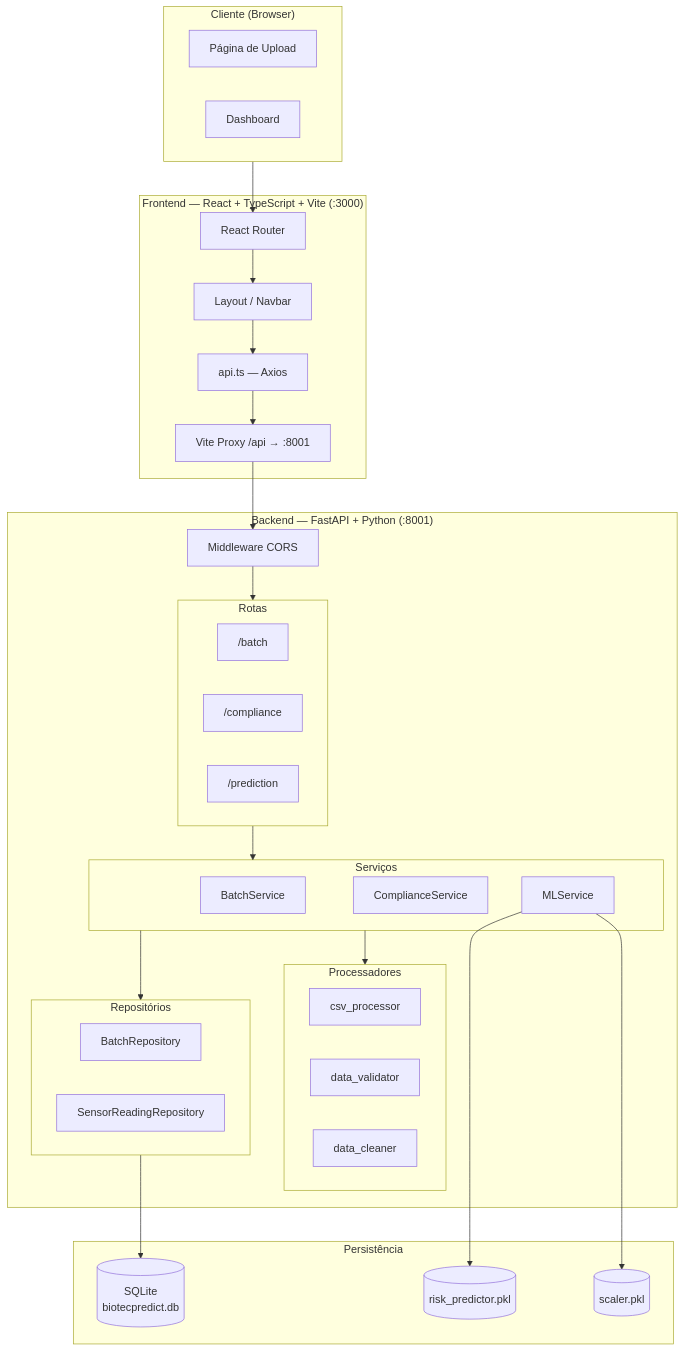
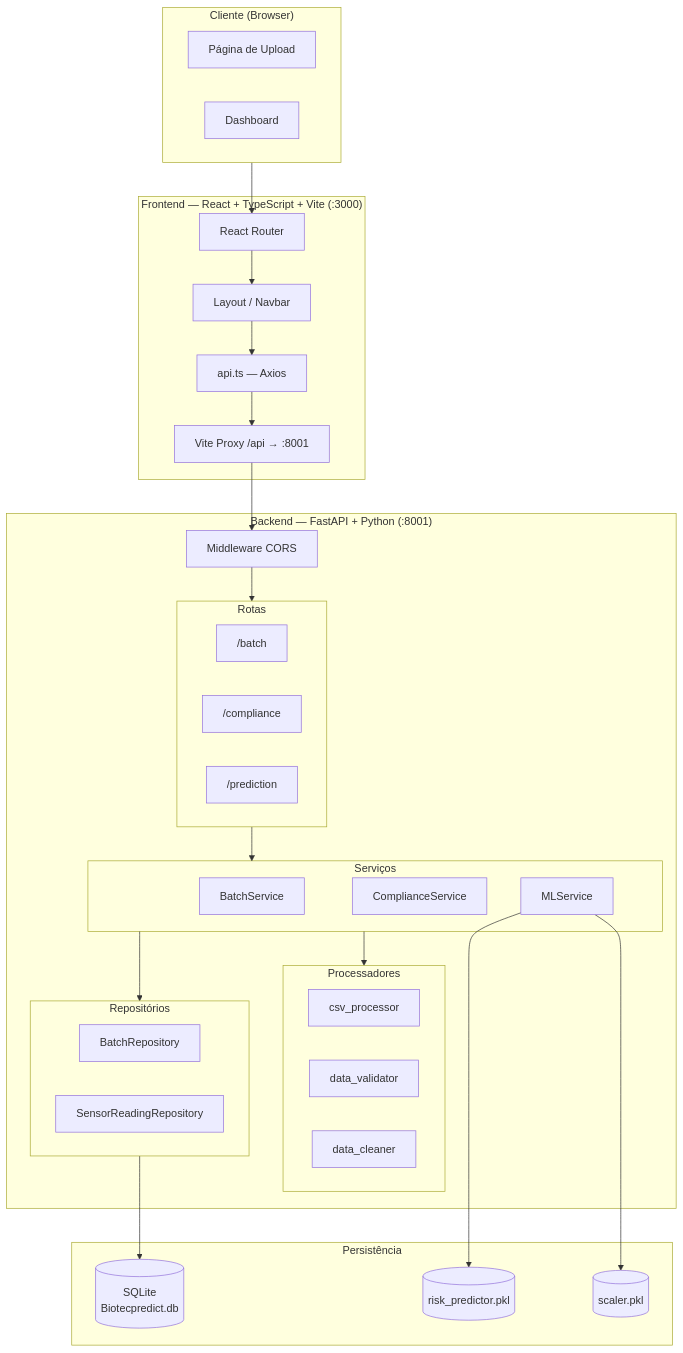
The first of 9 diagrams in docs/DIAGRAMAS.md (micheleoliveiracod/Projeto-avaliativo-M1-2-BiotecPredict), drawn with Mermaid before and after one commit. The commit also changed other lines of this file and 6 other files, not shown here.

````diff
--- a/docs/DIAGRAMAS.md
+++ b/docs/DIAGRAMAS.md
@@ -9,56 +9,56 @@
 ```mermaid
 graph TB
     subgraph Client ["Cliente (Browser)"]
         UI_UP[Página de Upload]
         UI_DB[Dashboard]
     end
 
     subgraph FE ["Frontend — React + TypeScript + Vite (:3000)"]
         ROUTER[React Router]
         LAYOUT[Layout / Navbar]
         SVC_API[api.ts — Axios]
         PROXY[Vite Proxy /api → :8001]
     end
 
     subgraph BE ["Backend — FastAPI + Python (:8001)"]
         MW[Middleware CORS]
         subgraph ROUTES ["Rotas"]
             R_BATCH["/batch"]
             R_COMP["/compliance"]
             R_PRED["/prediction"]
         end
         subgraph SERVICES ["Serviços"]
             S_BATCH[BatchService]
             S_COMP[ComplianceService]
             S_ML[MLService]
         end
         subgraph PROC ["Processadores"]
             P_CSV[csv_processor]
             P_VAL[data_validator]
             P_CLEAN[data_cleaner]
         end
         subgraph REPOS ["Repositórios"]
             RP_BATCH[BatchRepository]
             RP_SENSOR[SensorReadingRepository]
         end
     end
 
     subgraph STORAGE ["Persistência"]
-        DB[(SQLite\nbiotecpredict.db)]
+        DB[(SQLite\nBiotecpredict.db)]
         PKL1[(risk_predictor.pkl)]
         PKL2[(scaler.pkl)]
     end
 
     Client --> ROUTER
     ROUTER --> LAYOUT
     LAYOUT --> SVC_API
     SVC_API --> PROXY
     PROXY --> MW
     MW --> ROUTES
     ROUTES --> SERVICES
     SERVICES --> PROC
     SERVICES --> REPOS
     S_ML --> PKL1
     S_ML --> PKL2
     REPOS --> DB
 ```
````
